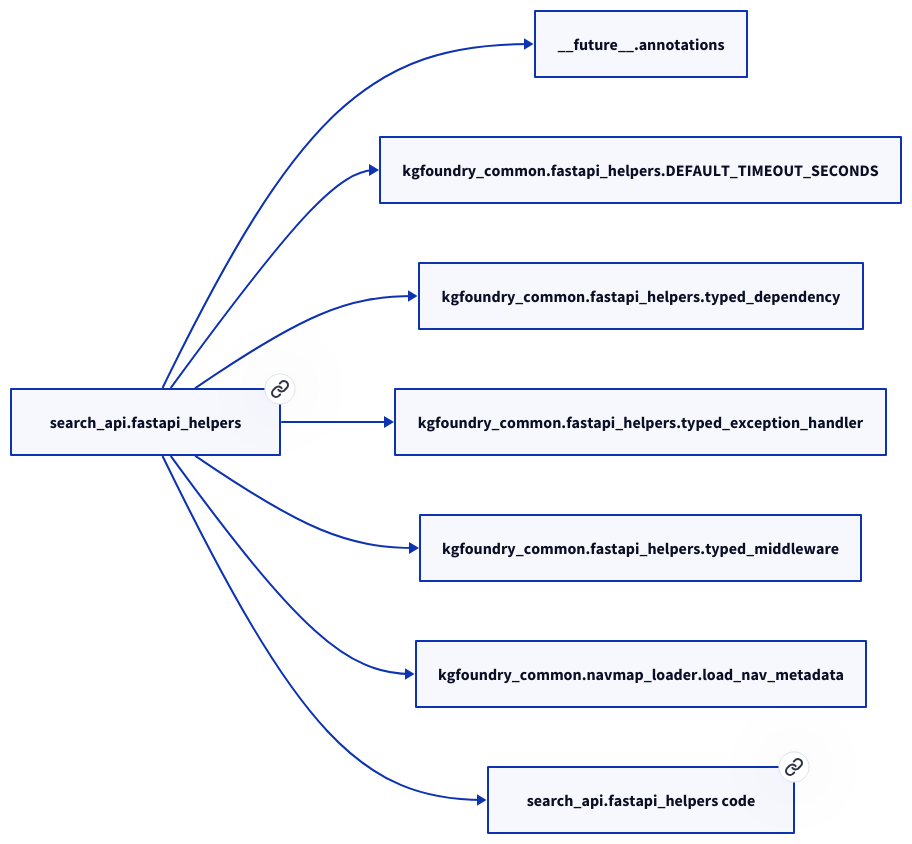
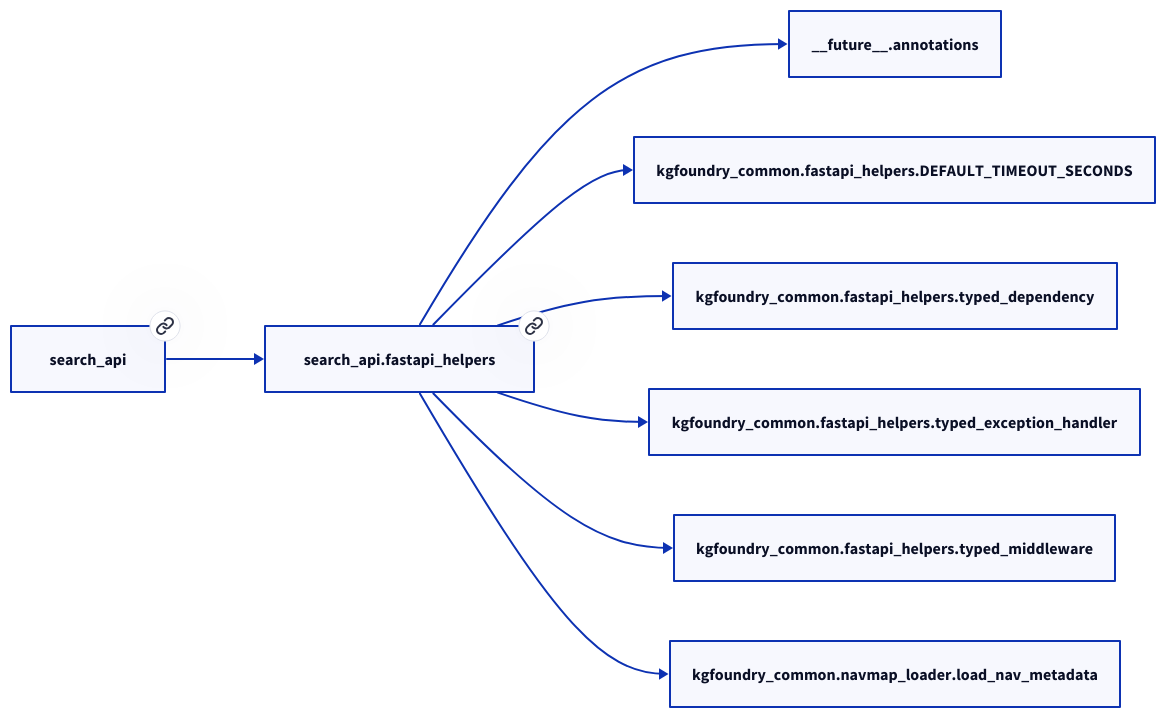
One commit to paul-heyse/kgforge changed the diagram in docs/modules/search_api/fastapi_helpers.md. Above: the diagram before and after it, drawn with D2. The commit also changed other lines of this file and 208 other files, not shown here.

````diff
--- a/docs/modules/search_api/fastapi_helpers.md
+++ b/docs/modules/search_api/fastapi_helpers.md
@@ -17,18 +21,18 @@
 ```d2
 direction: right
-"search_api.fastapi_helpers": "search_api.fastapi_helpers" { link: "./search_api/fastapi_helpers.md" }
+"search_api.fastapi_helpers": "search_api.fastapi_helpers" { link: "https://github.com/paul-heyse/kgfoundry/blob/main/src/search_api/fastapi_helpers.py" }
 "__future__.annotations": "__future__.annotations"
 "search_api.fastapi_helpers" -> "__future__.annotations"
 "kgfoundry_common.fastapi_helpers.DEFAULT_TIMEOUT_SECONDS": "kgfoundry_common.fastapi_helpers.DEFAULT_TIMEOUT_SECONDS"
 "search_api.fastapi_helpers" -> "kgfoundry_common.fastapi_helpers.DEFAULT_TIMEOUT_SECONDS"
 "kgfoundry_common.fastapi_helpers.typed_dependency": "kgfoundry_common.fastapi_helpers.typed_dependency"
 "search_api.fastapi_helpers" -> "kgfoundry_common.fastapi_helpers.typed_dependency"
 "kgfoundry_common.fastapi_helpers.typed_exception_handler": "kgfoundry_common.fastapi_helpers.typed_exception_handler"
 "search_api.fastapi_helpers" -> "kgfoundry_common.fastapi_helpers.typed_exception_handler"
 "kgfoundry_common.fastapi_helpers.typed_middleware": "kgfoundry_common.fastapi_helpers.typed_middleware"
 "search_api.fastapi_helpers" -> "kgfoundry_common.fastapi_helpers.typed_middleware"
 "kgfoundry_common.navmap_loader.load_nav_metadata": "kgfoundry_common.navmap_loader.load_nav_metadata"
 "search_api.fastapi_helpers" -> "kgfoundry_common.navmap_loader.load_nav_metadata"
-"search_api.fastapi_helpers_code": "search_api.fastapi_helpers code" { link: "https://github.com/kgfoundry/kgfoundry/blob/main/src/search_api/fastapi_helpers.py" }
-"search_api.fastapi_helpers" -> "search_api.fastapi_helpers_code" { style: dashed }
+"search_api": "search_api" { link: "https://github.com/paul-heyse/kgfoundry/blob/main/src/search_api/__init__.py" }
+"search_api" -> "search_api.fastapi_helpers" { style: dashed }
 ```
````
